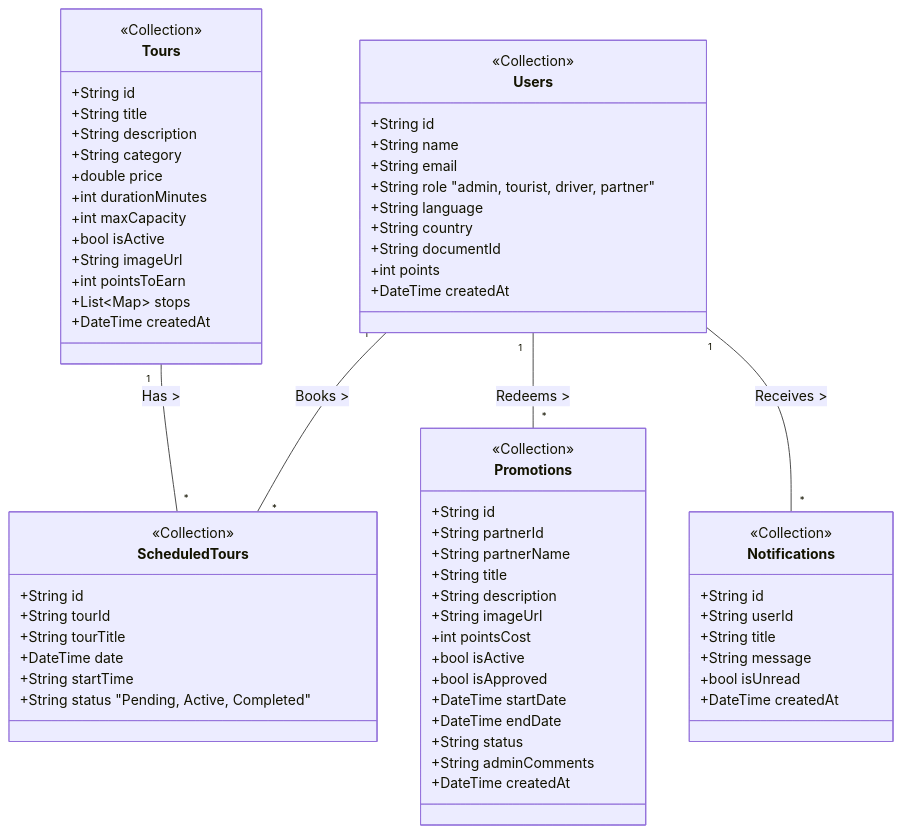
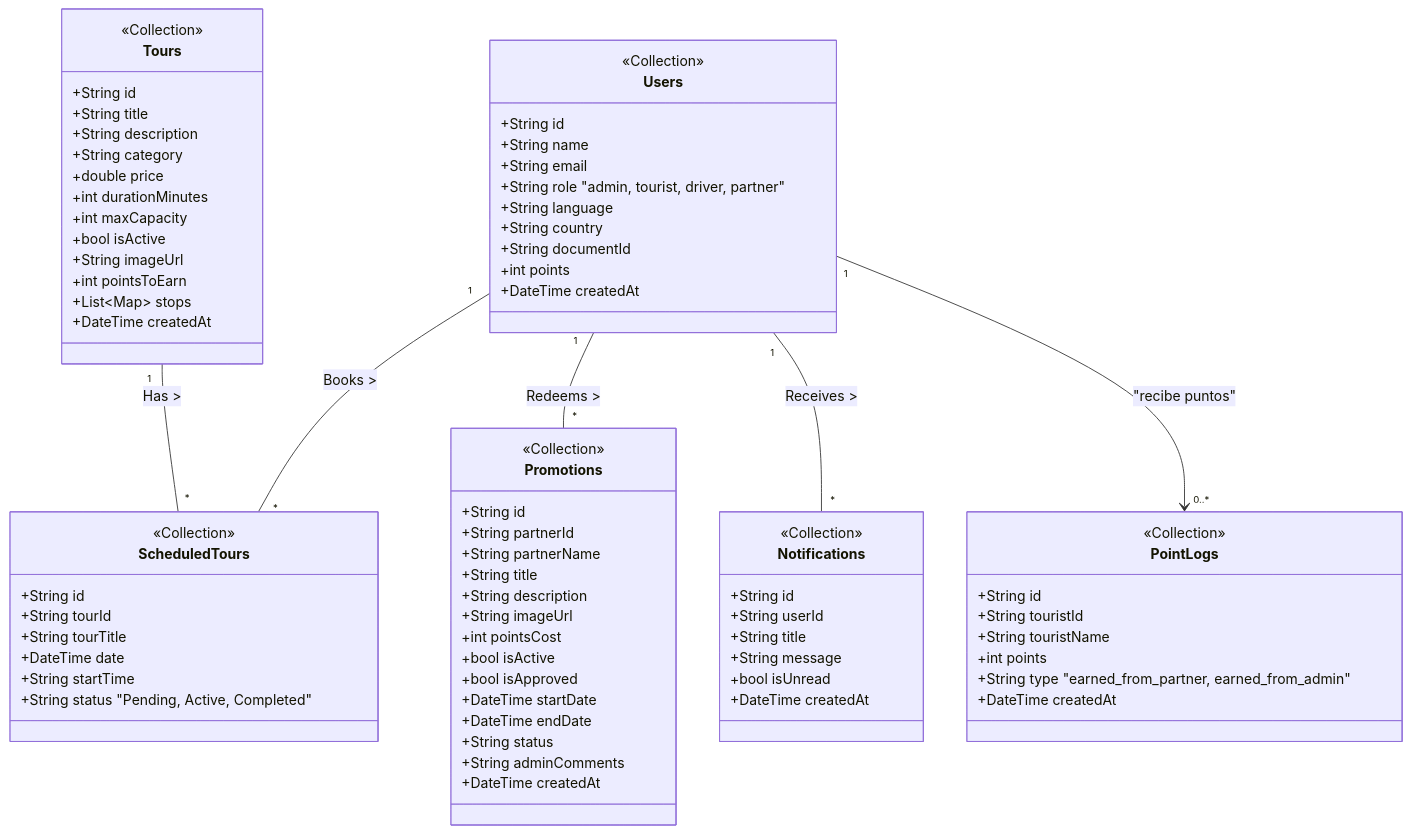
Before and after one commit to luisrdz30/ToursCCs: the diagram in firestore_structure.mmd, drawn with Mermaid. The commit also changed 10 other files, not shown here.

```diff
--- a/firestore_structure.mmd
+++ b/firestore_structure.mmd
@@ -1,72 +1,84 @@
 classDiagram
     class Users {
         <<Collection>>
         +String id
         +String name
         +String email
         +String role "admin, tourist, driver, partner"
         +String language
         +String country
         +String documentId
         +int points
         +DateTime createdAt
     }
 
     class Tours {
         <<Collection>>
         +String id
         +String title
         +String description
         +String category
         +double price
         +int durationMinutes
         +int maxCapacity
         +bool isActive
         +String imageUrl
         +int pointsToEarn
         +List~Map~ stops
         +DateTime createdAt
     }
 
     class ScheduledTours {
         <<Collection>>
         +String id
         +String tourId
         +String tourTitle
         +DateTime date
         +String startTime
         +String status "Pending, Active, Completed"
     }
 
     class Promotions {
         <<Collection>>
         +String id
         +String partnerId
         +String partnerName
         +String title
         +String description
         +String imageUrl
         +int pointsCost
         +bool isActive
         +bool isApproved
         +DateTime startDate
         +DateTime endDate
         +String status
         +String adminComments
         +DateTime createdAt
     }
 
     class Notifications {
         <<Collection>>
         +String id
         +String userId
         +String title
         +String message
         +bool isUnread
         +DateTime createdAt
     }
 
     Users "1" -- "*" ScheduledTours : Books >
     Users "1" -- "*" Promotions : Redeems >
     Users "1" -- "*" Notifications : Receives >
     Tours "1" -- "*" ScheduledTours : Has >
+
+    class PointLogs {
+        <<Collection>>
+        +String id
+        +String touristId
+        +String touristName
+        +int points
+        +String type "earned_from_partner, earned_from_admin"
+        +DateTime createdAt
+    }
+
+    Users "1" --> "0..*" PointLogs : "recibe puntos"
```
